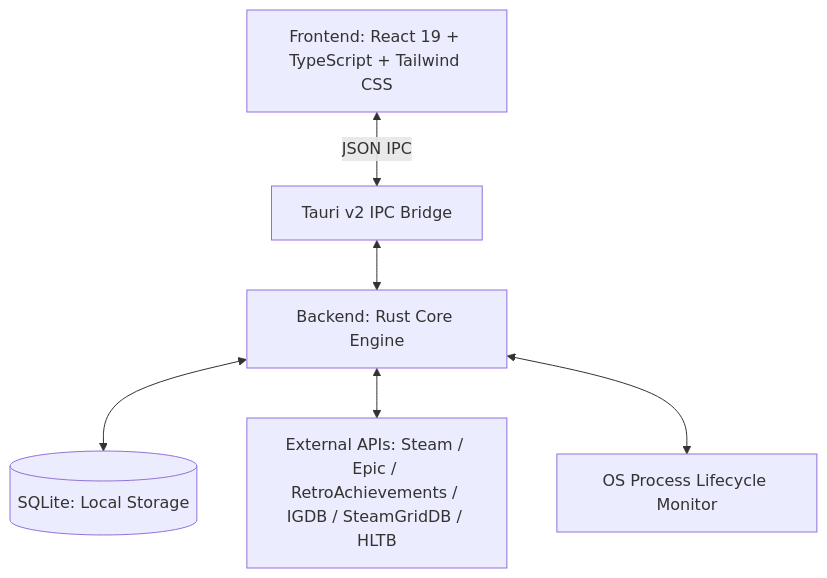
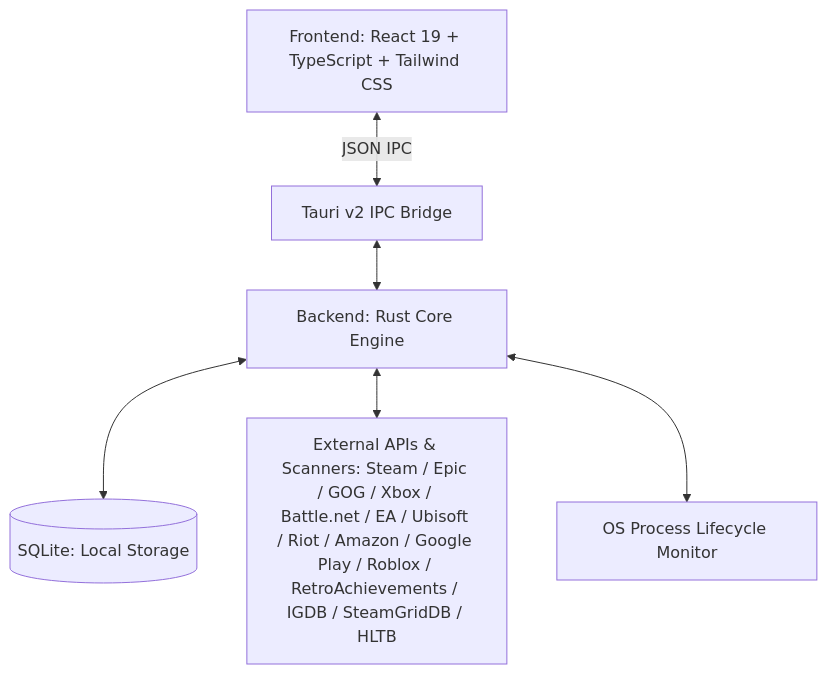
Before and after one commit to Screamycat/OpenPlay: the diagram in README.md, drawn with Mermaid. The commit also changed other lines of this file and 50 other files, not shown here.

````diff
--- a/README.md
+++ b/README.md
@@ -129,15 +146,15 @@
 ```mermaid
 graph TD
     UI[Frontend: React 19 + TypeScript + Tailwind CSS]
     TAURI[Tauri v2 IPC Bridge]
     CORE[Backend: Rust Core Engine]
     DB[(SQLite: Local Storage)]
-    EXT[External APIs: Steam / Epic / RetroAchievements / IGDB / SteamGridDB / HLTB]
+    EXT[External APIs & Scanners: Steam / Epic / GOG / Xbox / Battle.net / EA / Ubisoft / Riot / Amazon / Google Play / Roblox / RetroAchievements / IGDB / SteamGridDB / HLTB]
     PROC[OS Process Lifecycle Monitor]
 
     UI <-->|JSON IPC| TAURI
     TAURI <--> CORE
     CORE <--> DB
     CORE <--> EXT
     CORE <--> PROC
 ```
````
